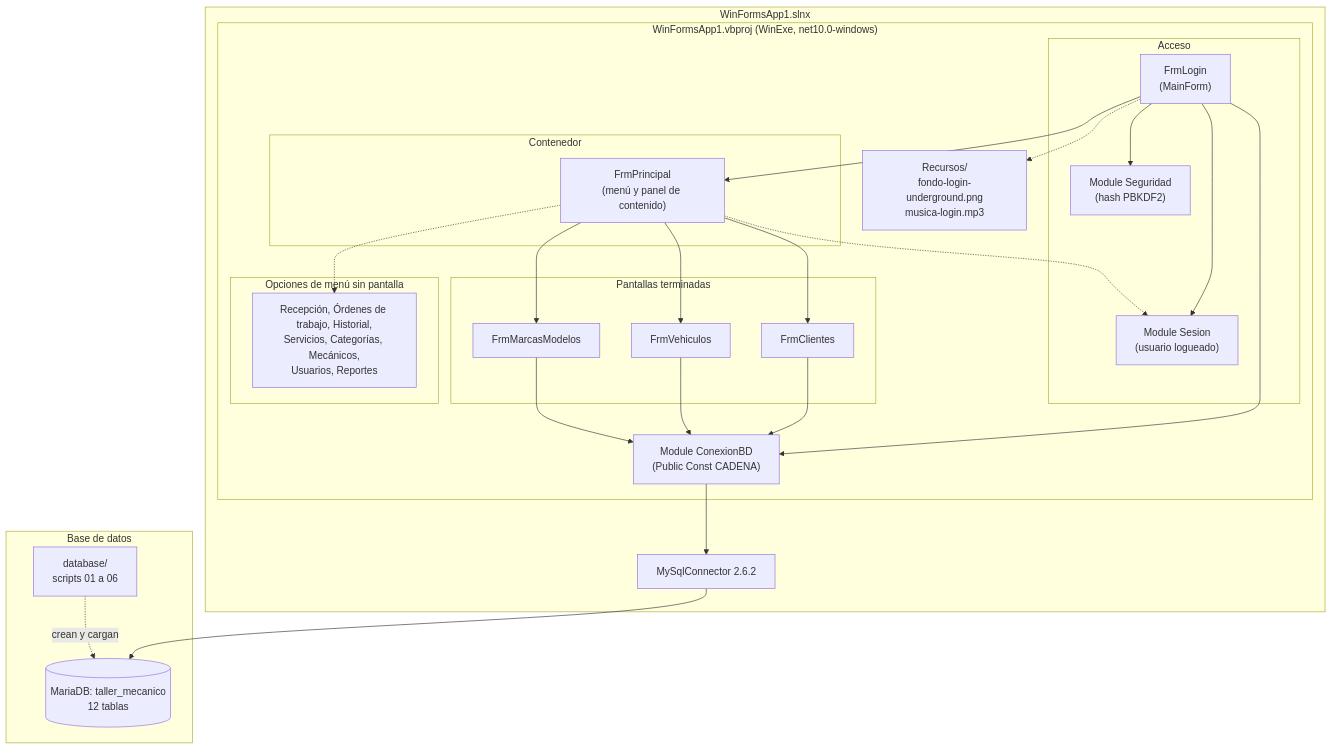
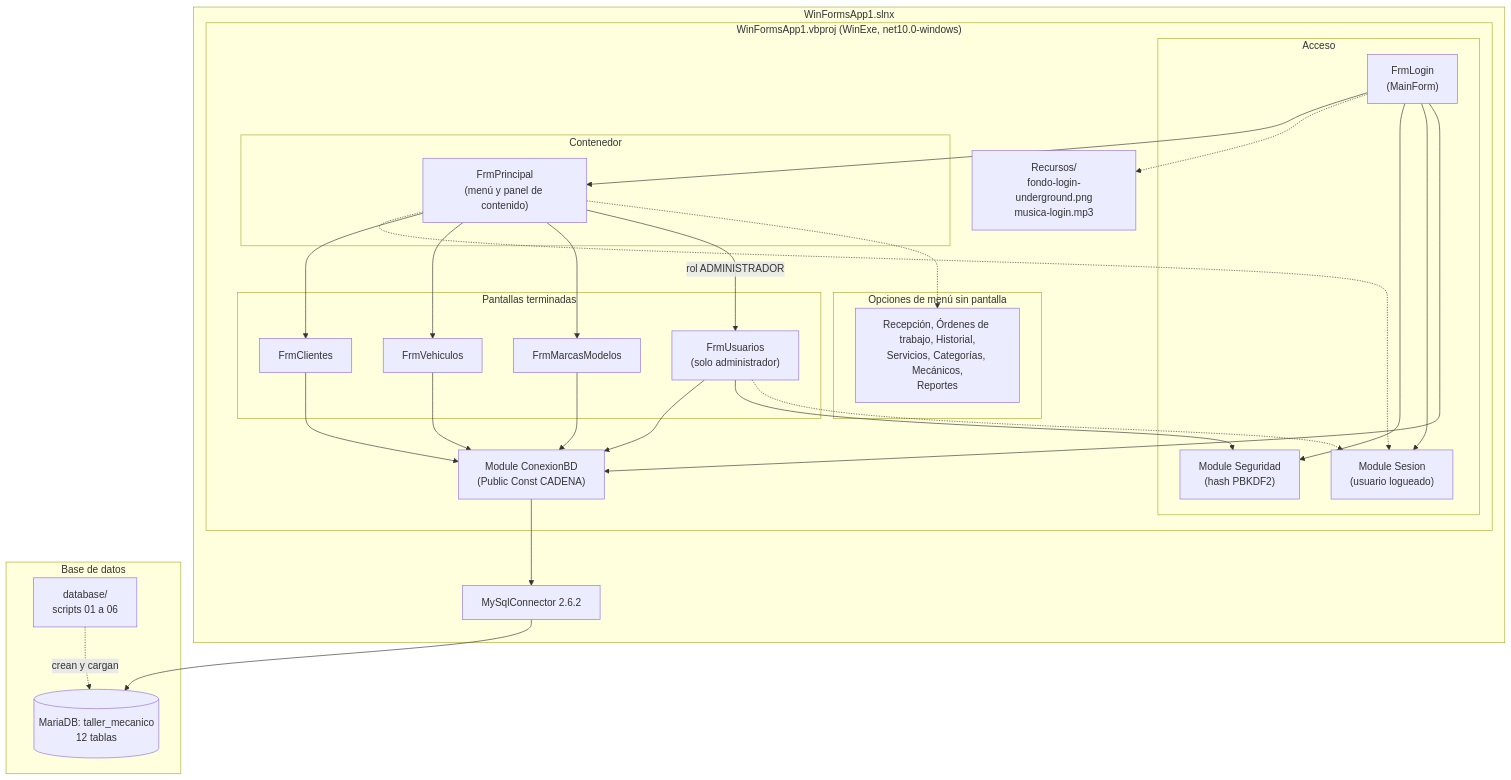
The first of 3 diagrams in doc/Docu.md (MedinaLucas1996/taller-mecanico), drawn with Mermaid before and after one commit. The commit also changed other lines of this file and 2 other files, not shown here.

````diff
--- a/doc/Docu.md
+++ b/doc/Docu.md
@@ -37,48 +38,53 @@
 ```mermaid
 graph TD
     subgraph Solucion["WinFormsApp1.slnx"]
         subgraph Proyecto["WinFormsApp1.vbproj (WinExe, net10.0-windows)"]
             subgraph Acceso["Acceso"]
                 Login["FrmLogin<br/>(MainForm)"]
                 Seguridad["Module Seguridad<br/>(hash PBKDF2)"]
                 Sesion["Module Sesion<br/>(usuario logueado)"]
             end
             subgraph Contenedor["Contenedor"]
                 Principal["FrmPrincipal<br/>(menú y panel de contenido)"]
             end
             subgraph Terminadas["Pantallas terminadas"]
                 Clientes["FrmClientes"]
                 Vehiculos["FrmVehiculos"]
                 Marcas["FrmMarcasModelos"]
+                Usuarios["FrmUsuarios<br/>(solo administrador)"]
             end
             subgraph Pendientes["Opciones de menú sin pantalla"]
-                Pend["Recepción, Órdenes de trabajo, Historial,<br/>Servicios, Categorías, Mecánicos,<br/>Usuarios, Reportes"]
+                Pend["Recepción, Órdenes de trabajo, Historial,<br/>Servicios, Categorías, Mecánicos,<br/>Reportes"]
             end
             Conexion["Module ConexionBD<br/>(Public Const CADENA)"]
             Recursos["Recursos/<br/>fondo-login-underground.png<br/>musica-login.mp3"]
         end
         Driver["MySqlConnector 2.6.2"]
     end
 
     subgraph Datos["Base de datos"]
         DB[("MariaDB: taller_mecanico<br/>12 tablas")]
         Scripts["database/<br/>scripts 01 a 06"]
     end
 
     Login --> Principal
     Login -.-> Recursos
     Login --> Seguridad
     Login --> Sesion
     Login --> Conexion
     Principal -.-> Sesion
     Principal --> Clientes
     Principal --> Vehiculos
     Principal --> Marcas
+    Principal -->|"rol ADMINISTRADOR"| Usuarios
     Principal -.-> Pend
     Clientes --> Conexion
     Vehiculos --> Conexion
     Marcas --> Conexion
+    Usuarios --> Conexion
+    Usuarios --> Seguridad
+    Usuarios -.-> Sesion
     Conexion --> Driver
     Driver --> DB
     Scripts -.->|"crean y cargan"| DB
 ```
````
